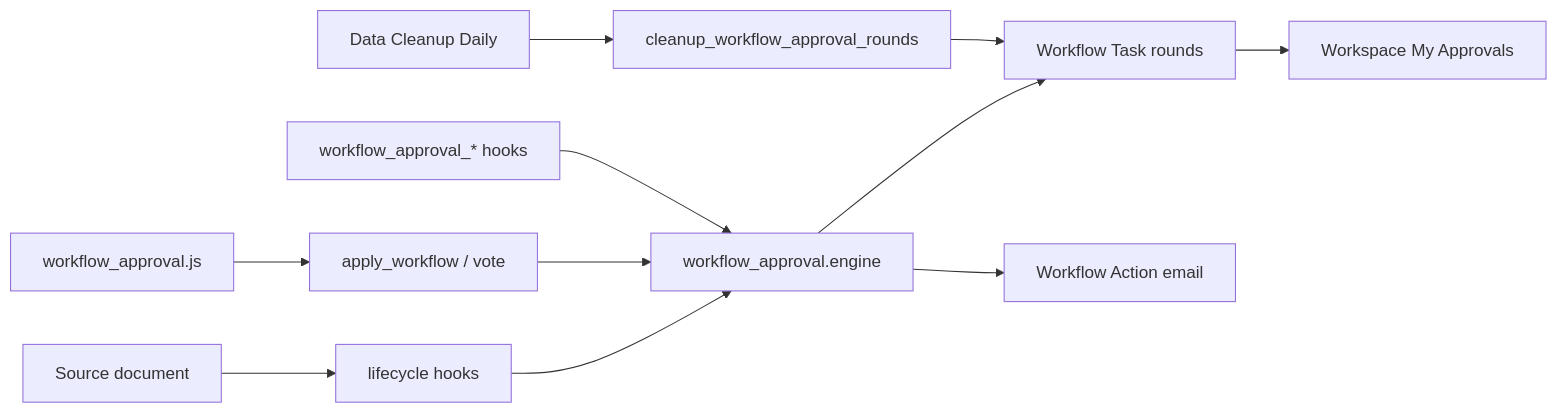
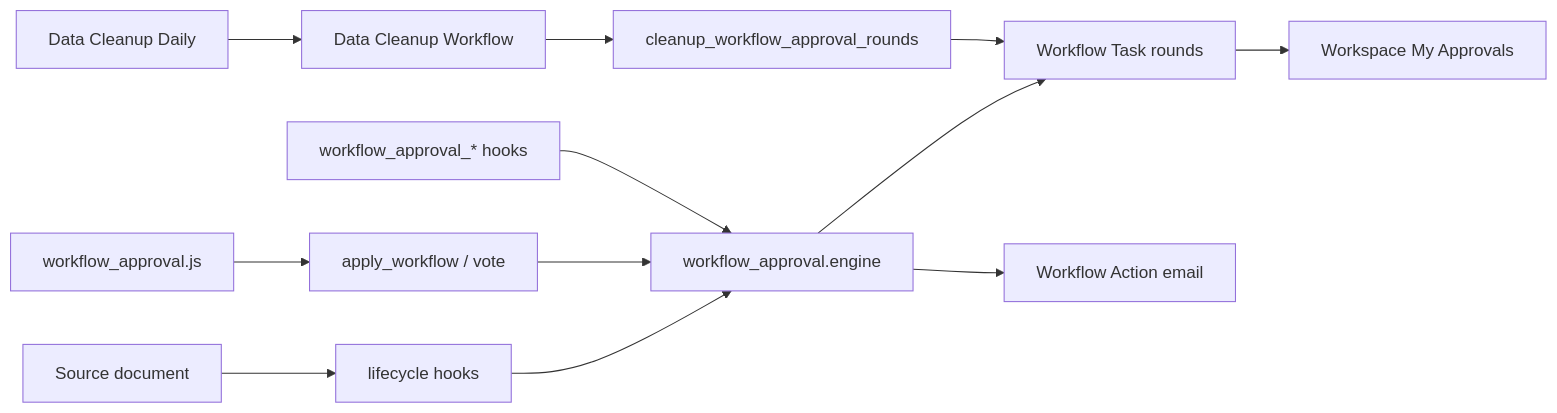
One commit to Dinext-pro/dinext-common changed the fifth of 6 diagrams in README.md. Above: the diagram before and after it, drawn with Mermaid. The commit also changed other lines of this file and 6 other files, not shown here.

````diff
--- a/README.md
+++ b/README.md
@@ -1037,13 +1037,14 @@
 ```mermaid
 flowchart LR
   sourceDoc[Source document] --> lifecycle[lifecycle hooks]
   lifecycle --> engine[workflow_approval.engine]
   deskJs[workflow_approval.js] --> applyRpc[apply_workflow / vote]
   applyRpc --> engine
   engine --> tasks[Workflow Task rounds]
   tasks --> desk[Workspace My Approvals]
   engine --> mail[Workflow Action email]
   domainHooks[workflow_approval_* hooks] --> engine
-  dailyCleanup[Data Cleanup Daily] --> retention[cleanup_workflow_approval_rounds]
+  dailyCleanup[Data Cleanup Daily] --> workflowWorker[Data Cleanup Workflow]
+  workflowWorker --> retention[cleanup_workflow_approval_rounds]
   retention --> tasks
 ```
````
